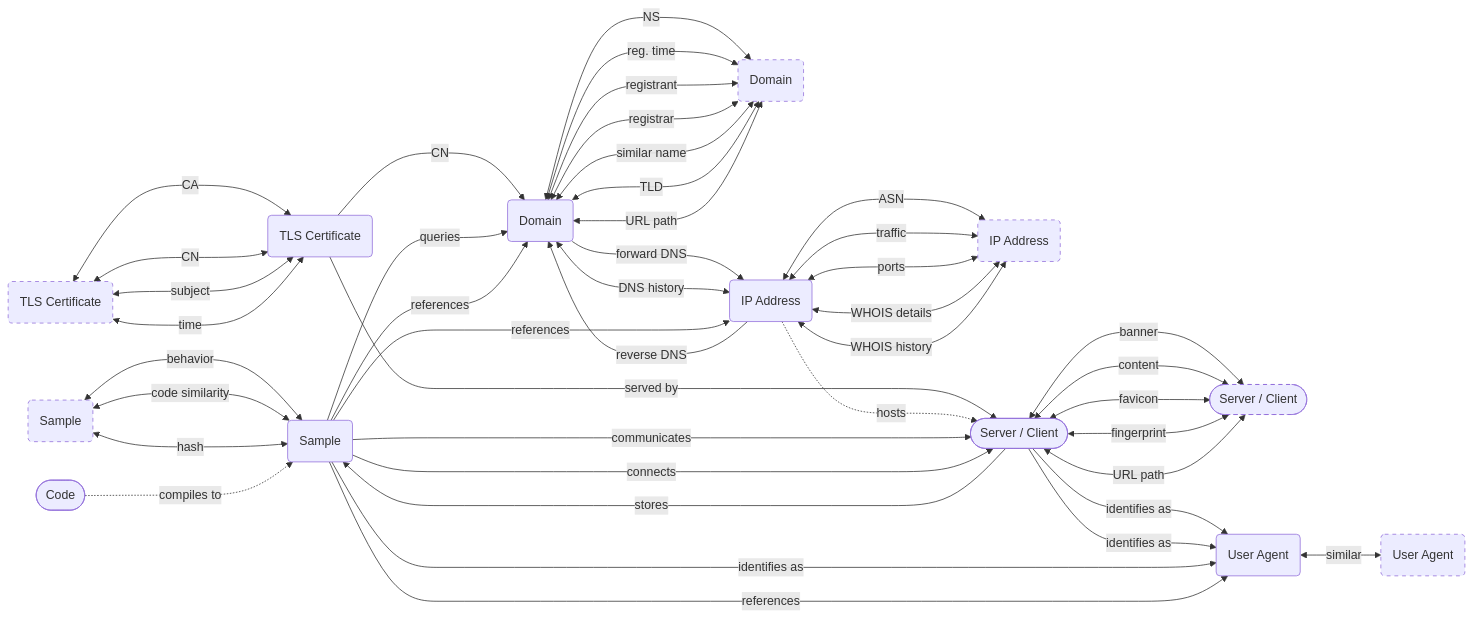
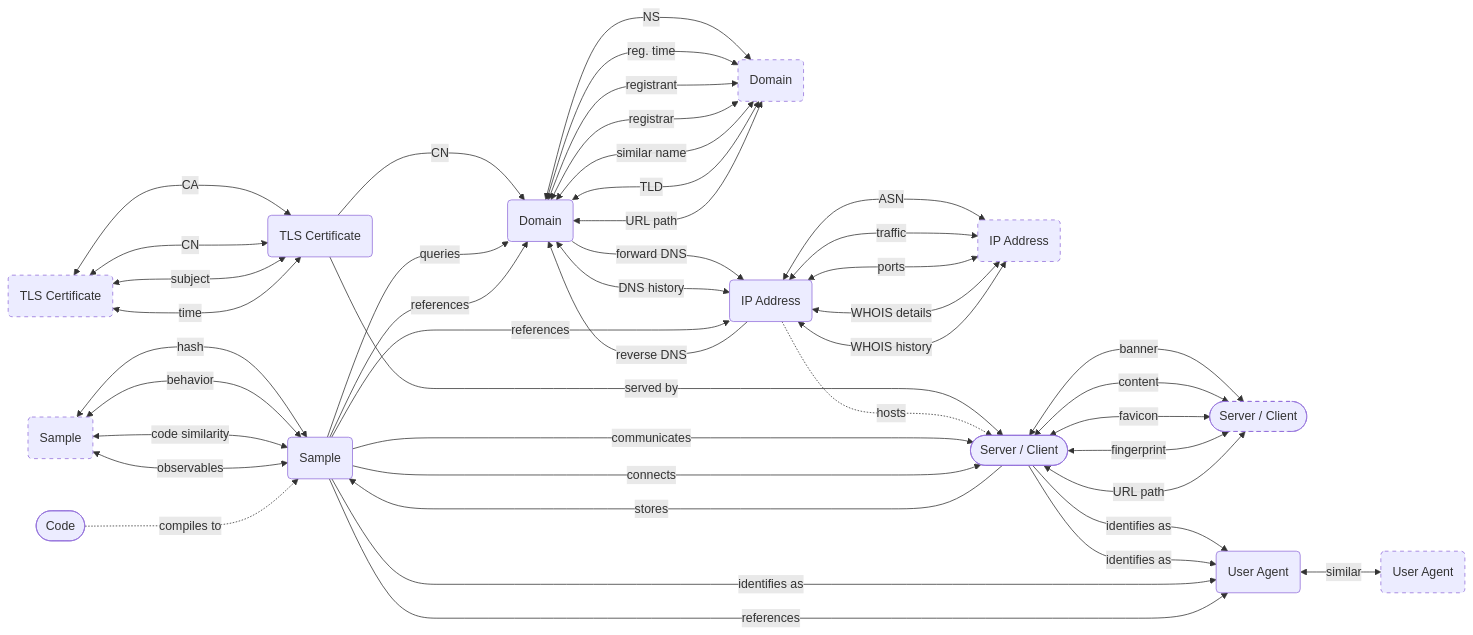
Before and after one commit to korniko98/pivot-atlas: the diagram in docs/map/index.md, drawn with Mermaid. The commit also changed 1 other file, not shown here.

Commit message:
Update sample.md (#24)

````diff
--- a/docs/map/index.md
+++ b/docs/map/index.md
@@ -13,70 +13,71 @@
 ```mermaid
 flowchart LR
 	classDef secondary stroke-dasharray: 5 5
 	
 	%% define nodes
 	CODE([Code])
 	DOMAIN(Domain)
 	DOMAIN_(Domain):::secondary
 	IP_ADDRESS(IP Address)
 	IP_ADDRESS_(IP Address):::secondary
 	SAMPLE(Sample)
 	SAMPLE_(Sample):::secondary
 	SERVER([Server / Client])
 	SERVER_([Server / Client]):::secondary
 	USER_AGENT(User Agent)
 	USER_AGENT_(User Agent):::secondary
 	TLS_CERT(TLS Certificate)
 	TLS_CERT_(TLS Certificate):::secondary
 
 	%% define edges
 	DOMAIN -- forward DNS ---> IP_ADDRESS
 	DOMAIN <-- DNS history ---> IP_ADDRESS
 	DOMAIN <-- NS ---> DOMAIN_
 	DOMAIN <-- reg. time ---> DOMAIN_
 	DOMAIN <-- registrant ---> DOMAIN_
 	DOMAIN <-- registrar ---> DOMAIN_
 	DOMAIN <-- similar name ---> DOMAIN_
 	DOMAIN <-- TLD ---> DOMAIN_
 	DOMAIN <-- URL path ---> DOMAIN_
 	TLS_CERT -- CN  ---> DOMAIN
 	TLS_CERT -- served by  --> SERVER
 	TLS_CERT_ <-- CA  --> TLS_CERT
 	TLS_CERT_ <-- CN  --> TLS_CERT
 	TLS_CERT_ <-- subject  --> TLS_CERT
 	TLS_CERT_ <-- time ---> TLS_CERT
 	IP_ADDRESS -- reverse DNS  ---> DOMAIN
 	IP_ADDRESS -. hosts ..-> SERVER
 	IP_ADDRESS <-- ASN ---> IP_ADDRESS_
 	IP_ADDRESS <-- traffic ---> IP_ADDRESS_
 	IP_ADDRESS <-- ports ---> IP_ADDRESS_
 	IP_ADDRESS <-- WHOIS details  ---> IP_ADDRESS_
 	IP_ADDRESS <-- WHOIS history  ---> IP_ADDRESS_
 	USER_AGENT <-- similar  --> USER_AGENT_
 	SERVER -- identifies as ---> USER_AGENT
 	SERVER -- stores --> SAMPLE
 	SERVER <-- banner  ---> SERVER_
 	SERVER <-- content ---> SERVER_
 	SERVER <-- favicon ---> SERVER_
 	SERVER <-- fingerprint ---> SERVER_
 	SERVER <-- URL path ---> SERVER_
 	SERVER -- identifies as --> USER_AGENT
+	SAMPLE_ <-- hash  ---> SAMPLE
 	SAMPLE_ <-- behavior ---> SAMPLE
 	SAMPLE_ <-- code similarity ---> SAMPLE
 	SAMPLE -- communicates --> SERVER
 	SAMPLE -- connects --> SERVER
-	SAMPLE_ <-- hash  ---> SAMPLE
+	SAMPLE_ <-- observables ---> SAMPLE
 	SAMPLE -- identifies as ---> USER_AGENT
 	SAMPLE -- queries ---> DOMAIN
 	SAMPLE -- references  ---> DOMAIN
 	SAMPLE -- references ---> IP_ADDRESS
 	SAMPLE -- references --> USER_AGENT
 	CODE -. compiles to ..-> SAMPLE
 
 	%% define links
 	click DOMAIN "/artifacts/domain/"
 	click IP_ADDRESS "/artifacts/ip-address/"
 	click SAMPLE "/artifacts/sample/"
 	click TLS_CERT "/artifacts/tls-certificate/"
 	click USER_AGENT "/artifacts/user-agent/"
 ```
````
